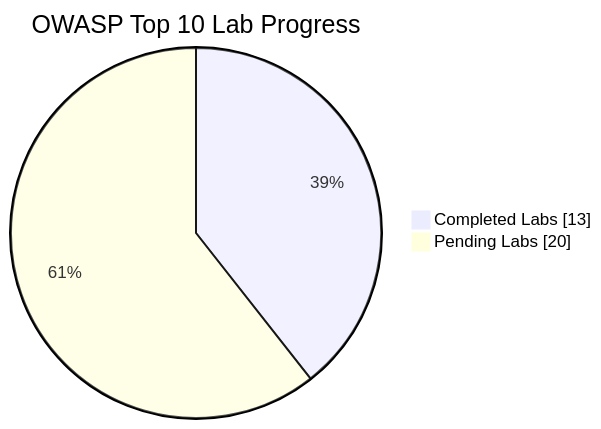
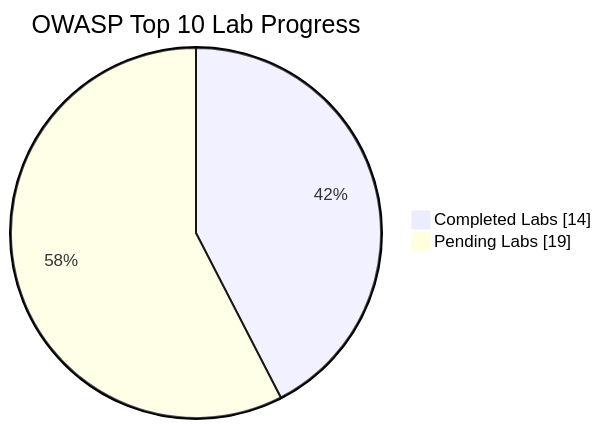
The diagram in README.md (Nish344/owasp-top10-web-security), drawn with Mermaid before and after one commit. The commit also changed other lines of this file and 1 other file, not shown here.

````diff
--- a/README.md
+++ b/README.md
@@ -12,6 +12,6 @@
 ```mermaid
 pie showData
   title OWASP Top 10 Lab Progress
-  "Completed Labs" : 13
-  "Pending Labs" : 20
+  "Completed Labs" : 14
+  "Pending Labs" : 19
 ```
````
